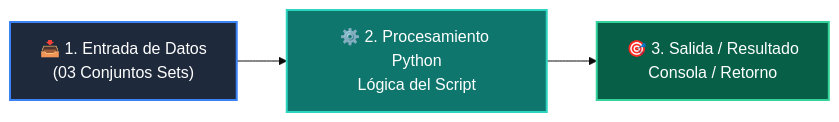
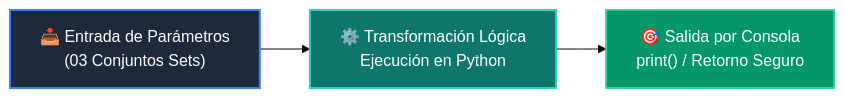
The diagram in 01-fundamentos-python/clase-06-diccionarios/ejemplos/ejemplo_03_conjuntos_sets/README.md (wisrovi/wisrovi-python), drawn with Mermaid (base theme) before and after one commit. The commit also changed other lines of this file and 226 other files, not shown here.

Commit message:
docs: elevate all repository READMEs to world-class mastery standard with rich pedagogical architecture, custom Mermaids, and professional styling

````diff
--- a/01-fundamentos-python/clase-06-diccionarios/ejemplos/ejemplo_03_conjuntos_sets/README.md
+++ b/01-fundamentos-python/clase-06-diccionarios/ejemplos/ejemplo_03_conjuntos_sets/README.md
@@ -12,9 +19,9 @@
 ```mermaid
 flowchart LR
-    A["📥 1. Entrada de Datos<br/>(03 Conjuntos Sets)"] --> B["⚙️ 2. Procesamiento Python<br/>Lógica del Script"]
-    B --> C["🎯 3. Salida / Resultado<br/>Consola / Retorno"]
+    A["📥 Entrada de Parámetros<br/>(03 Conjuntos Sets)"] --> B["⚙️ Transformación Lógica<br/>Ejecución en Python"]
+    B --> C["🎯 Salida por Consola<br/>print() / Retorno Seguro"]
 
-    style A fill:#1e293b,color:#fff,stroke:#3b82f6,stroke-width:2px
-    style B fill:#0f766e,color:#fff,stroke:#2dd4bf,stroke-width:2px
-    style C fill:#065f46,color:#fff,stroke:#34d399,stroke-width:2px
+    style A fill:#1e293b,color:#ffffff,stroke:#3b82f6,stroke-width:2px
+    style B fill:#0f766e,color:#ffffff,stroke:#2dd4bf,stroke-width:2px
+    style C fill:#059669,color:#ffffff,stroke:#34d399,stroke-width:2px
 ```
````
